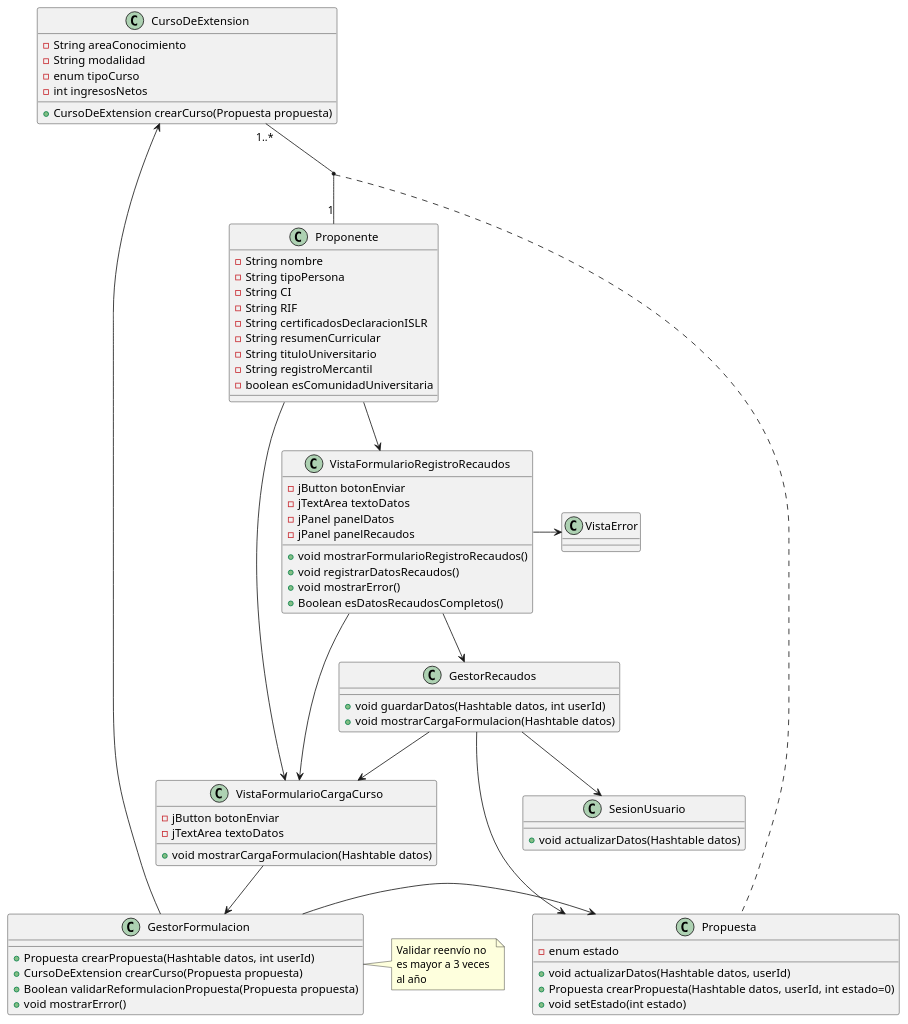
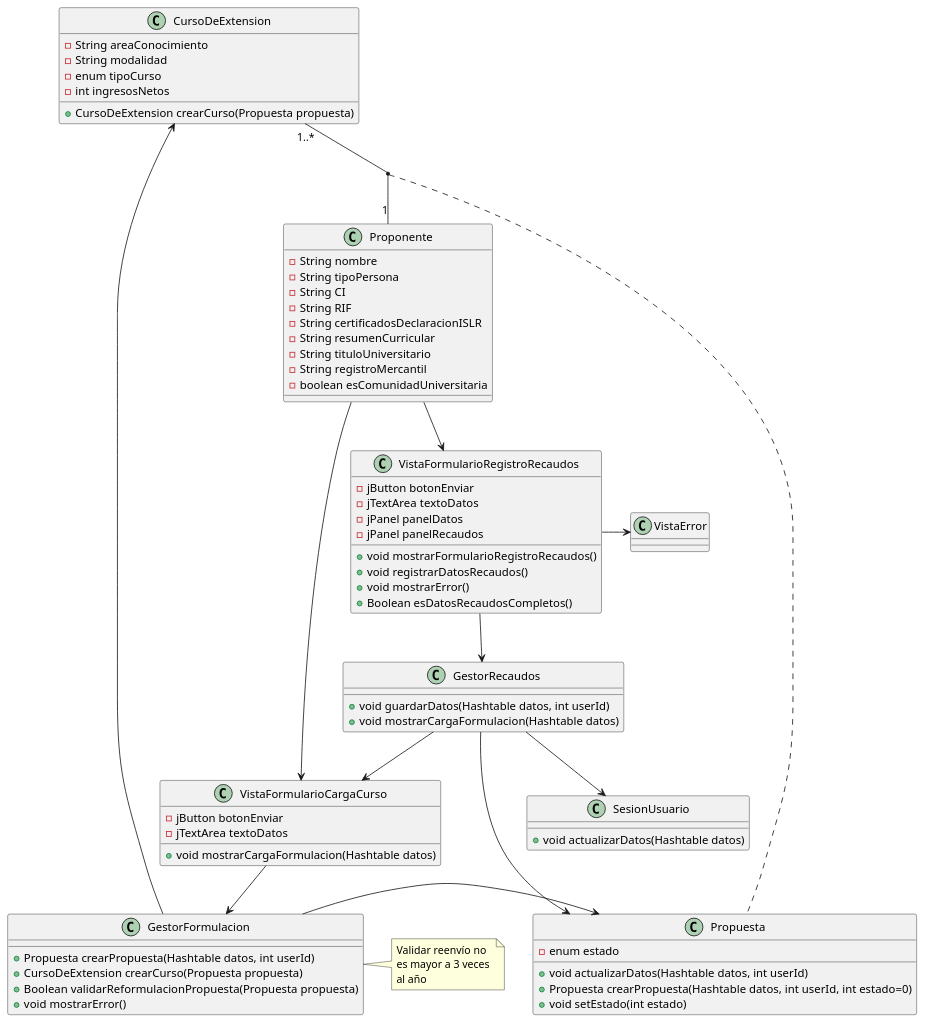
Before and after one commit to Samantha-Ramirez/ProyectoEquipo7ING: the diagram in docs/scenariosView/DisciplinaDeDisenio/DiagramaDeClasesRegistrarRecaudos.plantUML, drawn with PlantUML. The commit also changed 2 other files, not shown here.

```diff
--- a/docs/scenariosView/DisciplinaDeDisenio/DiagramaDeClasesRegistrarRecaudos.plantUML
+++ b/docs/scenariosView/DisciplinaDeDisenio/DiagramaDeClasesRegistrarRecaudos.plantUML
@@ -1,89 +1,89 @@
 @startuml DiagramaDeClasesRegistrarRecaudos
 class Proponente{
     -String nombre
     -String tipoPersona
     -String CI
     -String RIF
     -String certificadosDeclaracionISLR
     -String resumenCurricular
     -String tituloUniversitario
     -String registroMercantil
     -boolean esComunidadUniversitaria
 }
 class Propuesta{
     -enum estado
     '-String unidadResponsableDeTramite
     ' -String denominacion
     ' -String objetivos
     ' -String fundamentacion 
     ' -String perfilParticipantes
     ' -String perfilDocente
     ' -String curriculoPorCompetencias
     ' -String estrategiasDeEvaluacion
     ' -String exigenciasMaterialesYServicios
     ' -String duracion
-    +void actualizarDatos(Hashtable datos, userId)
-    +Propuesta crearPropuesta(Hashtable datos, userId, int estado=0)
+    +void actualizarDatos(Hashtable datos, int userId)
+    +Propuesta crearPropuesta(Hashtable datos, int userId, int estado=0)
     +void setEstado(int estado)
 }
 class SesionUsuario{
     +void actualizarDatos(Hashtable datos)
 }
 class VistaFormularioRegistroRecaudos{
     -jButton botonEnviar
     -jTextArea textoDatos
     -jPanel panelDatos
     -jPanel panelRecaudos
     +void mostrarFormularioRegistroRecaudos()
     +void registrarDatosRecaudos()
     +void mostrarError()
     +Boolean esDatosRecaudosCompletos()
 }
 class VistaFormularioCargaCurso{
     -jButton botonEnviar
     -jTextArea textoDatos
     +void mostrarCargaFormulacion(Hashtable datos)
 }
 class GestorRecaudos{
     +void guardarDatos(Hashtable datos, int userId)
     +void mostrarCargaFormulacion(Hashtable datos)
 }
 class GestorFormulacion{
     +Propuesta crearPropuesta(Hashtable datos, int userId)
     +CursoDeExtension crearCurso(Propuesta propuesta)
     +Boolean validarReformulacionPropuesta(Propuesta propuesta)
     +void mostrarError() 
 }
 note right of (GestorFormulacion)
     Validar reenvío no 
     es mayor a 3 veces 
     al año
 end note
 class CursoDeExtension{
     -String areaConocimiento 
     -String modalidad
     -enum tipoCurso
     -int ingresosNetos
     +CursoDeExtension crearCurso(Propuesta propuesta)
 }
 class VistaError{
     
 }
 Proponente -d-> VistaFormularioRegistroRecaudos
 VistaFormularioRegistroRecaudos -d-> GestorRecaudos
 GestorRecaudos -d-> Propuesta
 GestorRecaudos -d-> SesionUsuario
 GestorRecaudos --> VistaFormularioCargaCurso
-VistaFormularioRegistroRecaudos -> VistaFormularioCargaCurso
+'VistaFormularioRegistroRecaudos -> VistaFormularioCargaCurso
 CursoDeExtension "1..*" -- "1" Proponente
 (CursoDeExtension , Proponente) -r.. Propuesta
 
 Proponente -d-> VistaFormularioCargaCurso
 VistaFormularioCargaCurso -d-> GestorFormulacion
 GestorFormulacion -> Propuesta
 CursoDeExtension <- GestorFormulacion
 
 VistaFormularioRegistroRecaudos -> VistaError
 'VistaFormularioCargaCurso -> VistaError
 
 @enduml
```
